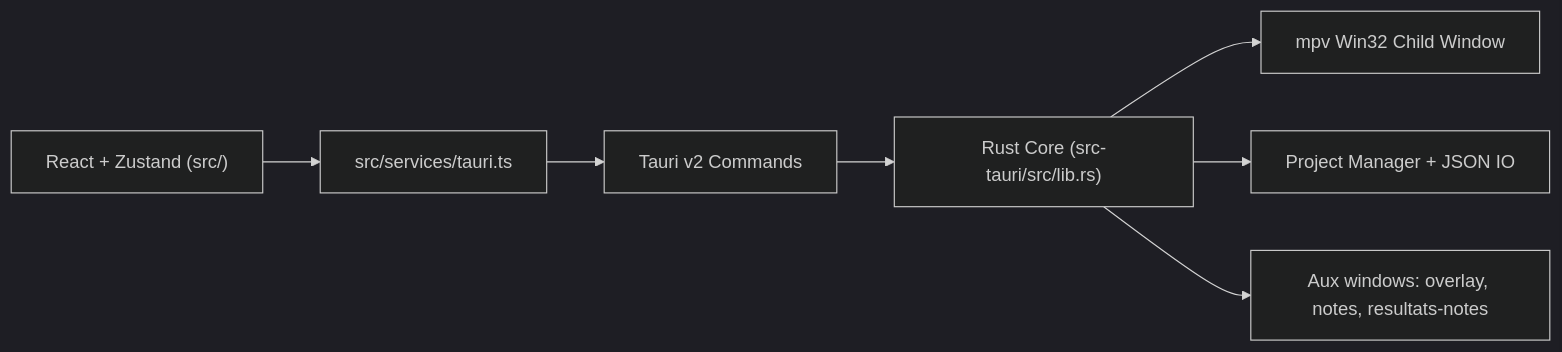
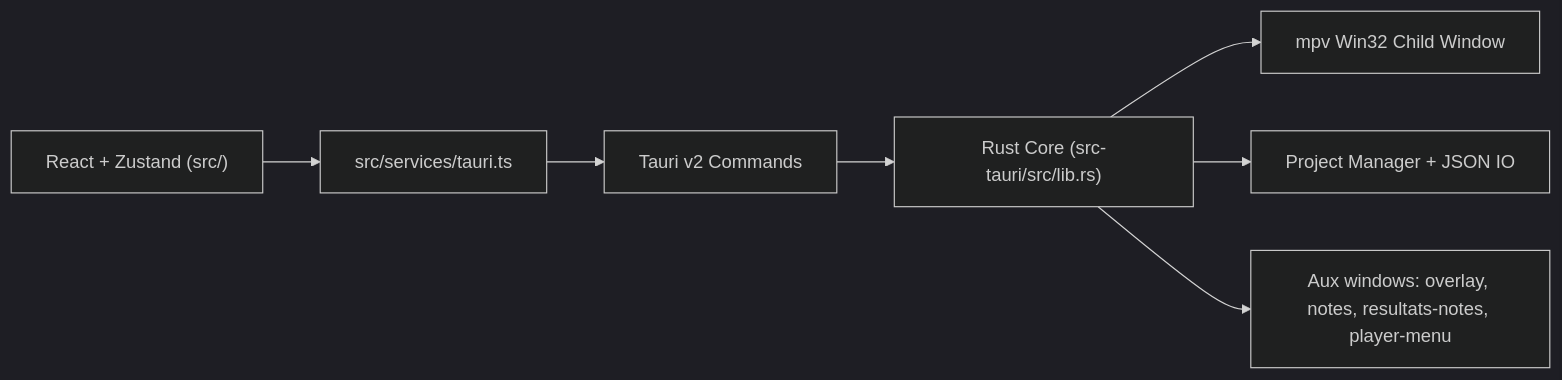
The diagram in README.en.md (NetsumaInfo/application-bareme-amv-france), drawn with Mermaid (dark theme) before and after one commit. The commit also changed other lines of this file and 4 other files, not shown here.

Commit message:
docs(readme): sync translations (remove doc note, add player-menu + app update store)

````diff
--- a/README.en.md
+++ b/README.en.md
@@ -48,9 +46,9 @@
 ```mermaid
 flowchart LR
   UI["React + Zustand (src/)"] --> API["src/services/tauri.ts"]
   API --> IPC["Tauri v2 Commands"]
   IPC --> Core["Rust Core (src-tauri/src/lib.rs)"]
   Core --> MPV["mpv Win32 Child Window"]
   Core --> Proj["Project Manager + JSON IO"]
-  Core --> Aux["Aux windows: overlay, notes, resultats-notes"]
+  Core --> Aux["Aux windows: overlay, notes, resultats-notes, player-menu"]
 ```
````
